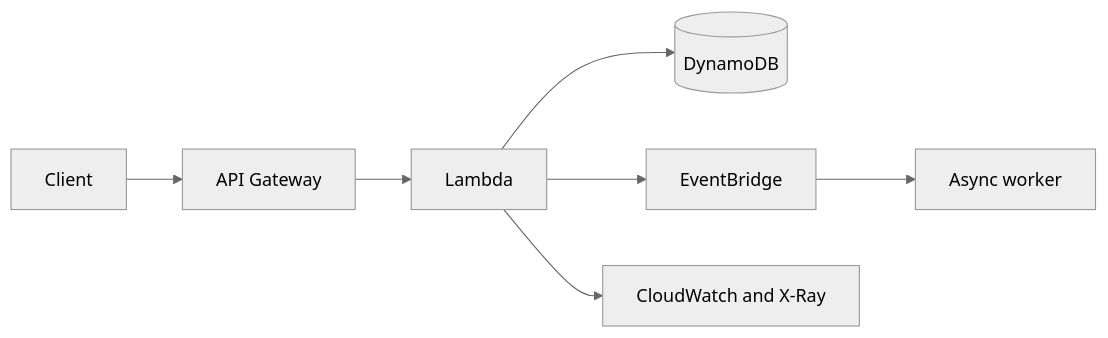
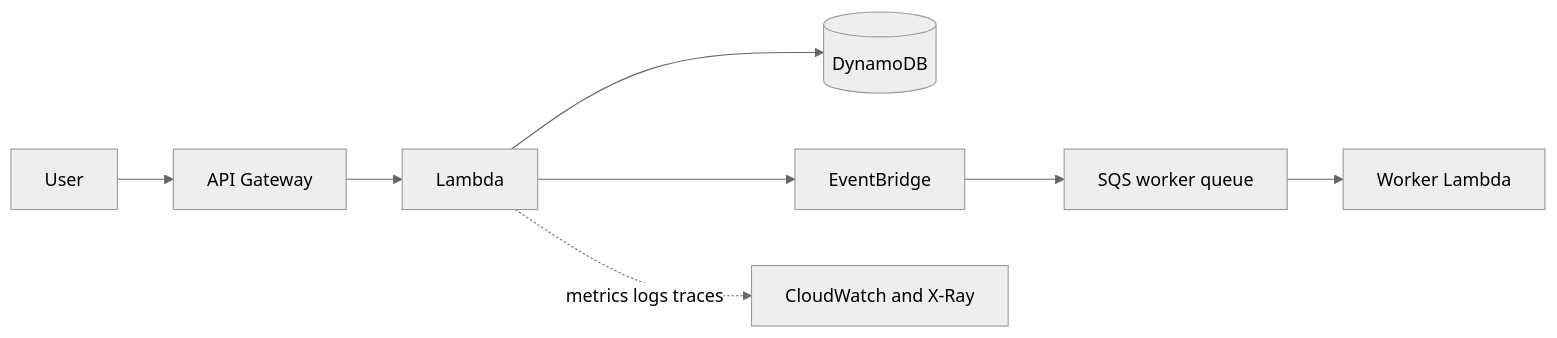
One commit to rodrigosiviero/aws-study-hub changed the first of 8 diagrams in src/content/certs/dva.md. Above: the diagram before and after it, drawn with Mermaid (neutral theme). The commit also changed other lines of this file and 1 other file, not shown here.

````diff
--- a/src/content/certs/dva.md
+++ b/src/content/certs/dva.md
@@ -24,9 +26,10 @@
 ```mermaid
 flowchart LR
-  Client[Client] --> API[API Gateway]
-  API --> Fn[Lambda]
-  Fn --> DB[(DynamoDB)]
-  Fn --> Bus[EventBridge]
-  Bus --> Worker[Async worker]
-  Fn --> Obs[CloudWatch and X-Ray]
+  U[User] --> AG[API Gateway]
+  AG --> L[Lambda]
+  L --> D[(DynamoDB)]
+  L --> EB[EventBridge]
+  EB --> Q[SQS worker queue]
+  Q --> W[Worker Lambda]
+  L -.metrics logs traces.-> CW[CloudWatch and X-Ray]
 ```
````
